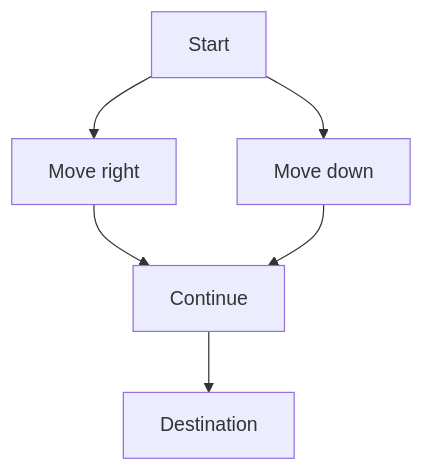
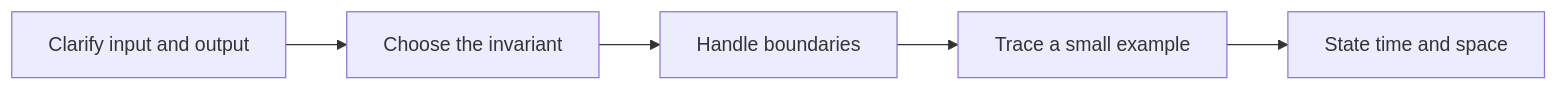
Before and after one commit to 9999dude/omega: the fourth of 16 diagrams in docs/datastructures/dynamic-programming.md, drawn with Mermaid. The commit also changed other lines of this file and 58 other files, not shown here.

````diff
--- a/docs/datastructures/dynamic-programming.md
+++ b/docs/datastructures/dynamic-programming.md
@@ -818,8 +121,7 @@
 ```mermaid
-flowchart TD
-    A["Start"] --> B["Move right"]
-    A --> C["Move down"]
-    B --> D["Continue"]
-    C --> D
-    D --> E["Destination"]
+flowchart LR
+    A["Clarify input and output"] --> B["Choose the invariant"]
+    B --> C["Handle boundaries"]
+    C --> D["Trace a small example"]
+    D --> E["State time and space"]
 ```
````
